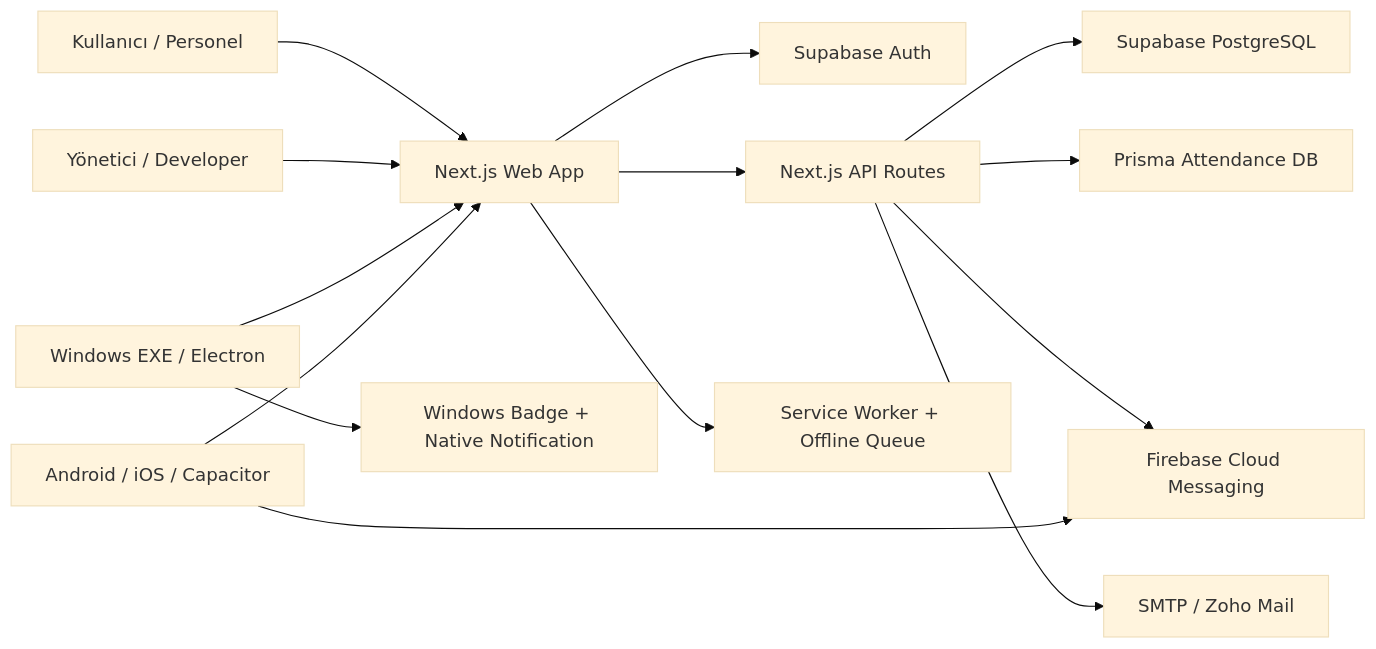
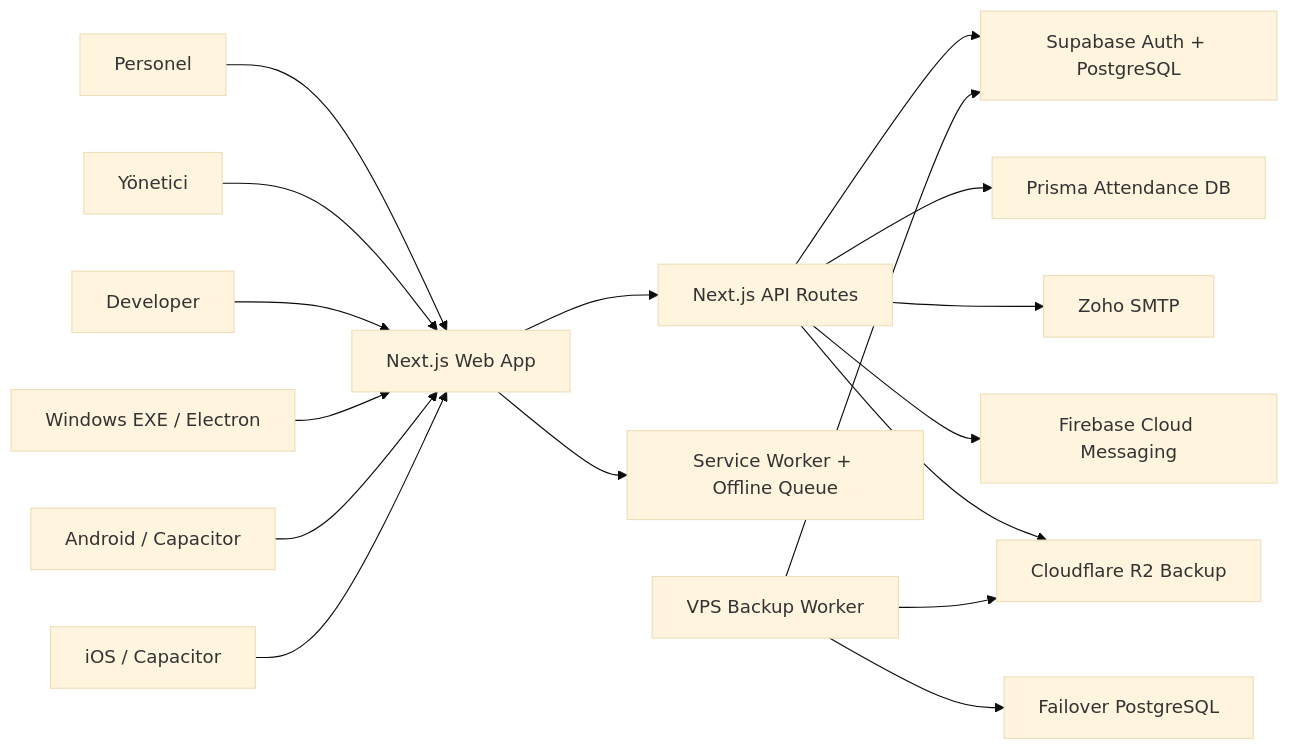
Before and after one commit to wasycim/hesap: the diagram in README.md, drawn with Mermaid (base theme). The commit also changed other lines of this file, not shown here.

````diff
--- a/README.md
+++ b/README.md
@@ -56,16 +78,22 @@
 ```mermaid
 flowchart LR
-  U["Kullanıcı / Personel"] --> WEB["Next.js Web App"]
-  ADM["Yönetici / Developer"] --> WEB
-  WEB --> AUTH["Supabase Auth"]
+  PERSONEL["Personel"] --> WEB["Next.js Web App"]
+  ADMIN["Yönetici"] --> WEB
+  DEV["Developer"] --> WEB
+
   WEB --> API["Next.js API Routes"]
-  API --> PG["Supabase PostgreSQL"]
+  API --> SUPA["Supabase Auth + PostgreSQL"]
   API --> PRISMA["Prisma Attendance DB"]
+  API --> SMTP["Zoho SMTP"]
   API --> FCM["Firebase Cloud Messaging"]
-  API --> SMTP["SMTP / Zoho Mail"]
+  API --> R2["Cloudflare R2 Backup"]
+
   WEB --> SW["Service Worker + Offline Queue"]
-  DESK["Windows EXE / Electron"] --> WEB
-  MOB["Android / iOS / Capacitor"] --> WEB
-  MOB --> FCM
-  DESK --> BADGE["Windows Badge + Native Notification"]
+  DESKTOP["Windows EXE / Electron"] --> WEB
+  ANDROID["Android / Capacitor"] --> WEB
+  IOS["iOS / Capacitor"] --> WEB
+
+  VPS["VPS Backup Worker"] --> SUPA
+  VPS --> R2
+  VPS --> FAILOVER["Failover PostgreSQL"]
 ```
````
